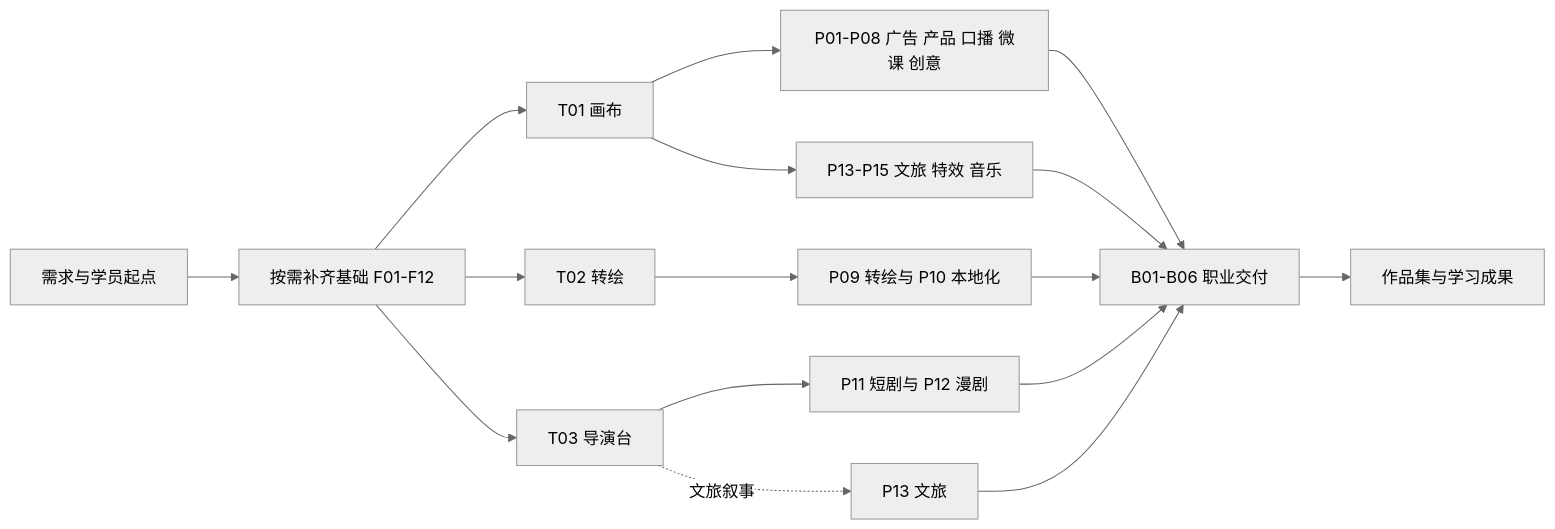
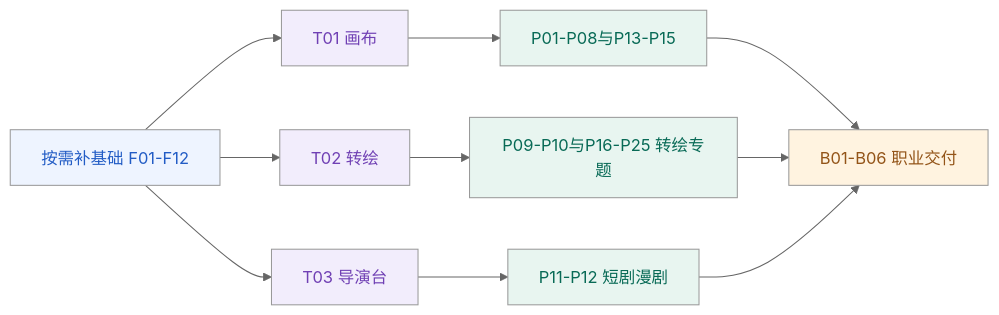
One commit to py198964/aigc-course-menu changed the diagram in 课程逻辑图.mmd. Above: the diagram before and after it, drawn with Mermaid (neutral theme). The commit also changed 7 other files, not shown here.

```diff
--- a/课程逻辑图.mmd
+++ b/课程逻辑图.mmd
@@ -1,16 +1,18 @@
 flowchart LR
- A[需求与学员起点] --> F[按需补齐基础 F01-F12]
- F --> T1[T01 画布]
+ F[按需补基础 F01-F12] --> T1[T01 画布]
  F --> T2[T02 转绘]
  F --> T3[T03 导演台]
- T1 --> P1[P01-P08 广告 产品 口播 微课 创意]
- T1 --> P2[P13-P15 文旅 特效 音乐]
- T2 --> P3[P09 转绘与 P10 本地化]
- T3 --> P4[P11 短剧与 P12 漫剧]
- T3 -. 文旅叙事 .-> V[P13 文旅]
+ T1 --> P1[P01-P08与P13-P15]
+ T2 --> P2[P09-P10与P16-P25 转绘专题]
+ T3 --> P3[P11-P12 短剧漫剧]
  P1 --> B[B01-B06 职业交付]
  P2 --> B
  P3 --> B
- P4 --> B
- V --> B
- B --> O[作品集与学习成果]
+ classDef foundation fill:#eef4ff,color:#225cc5;
+ classDef tool fill:#f2edfc,color:#7040b4;
+ classDef practice fill:#e8f5f0,color:#086a56;
+ classDef business fill:#fff3e0,color:#935418;
+ class F foundation;
+ class T1,T2,T3 tool;
+ class P1,P2,P3 practice;
+ class B business;
```
